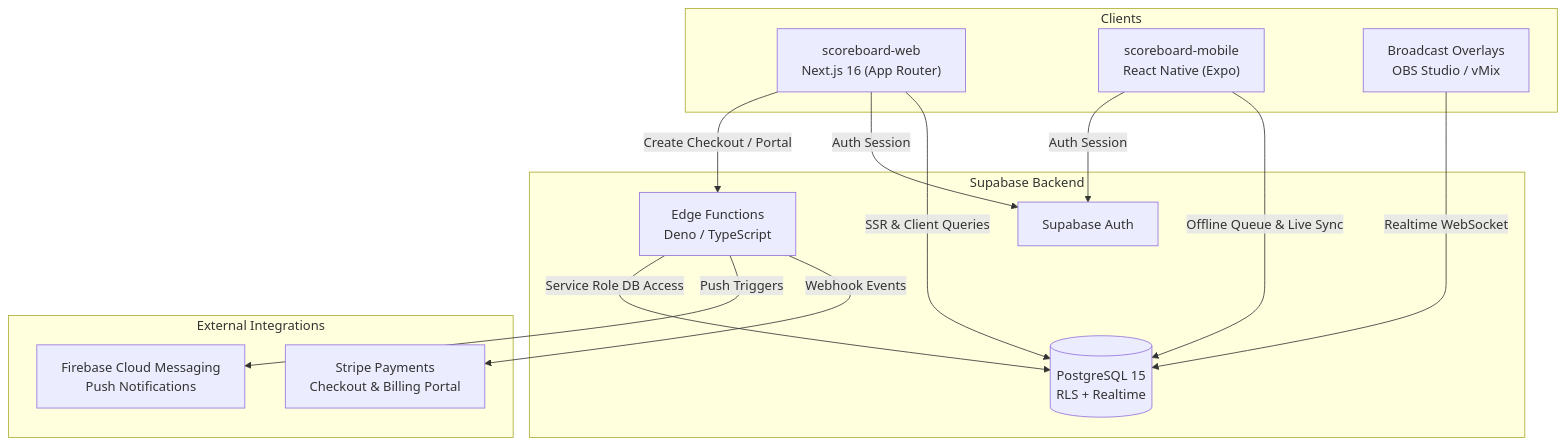
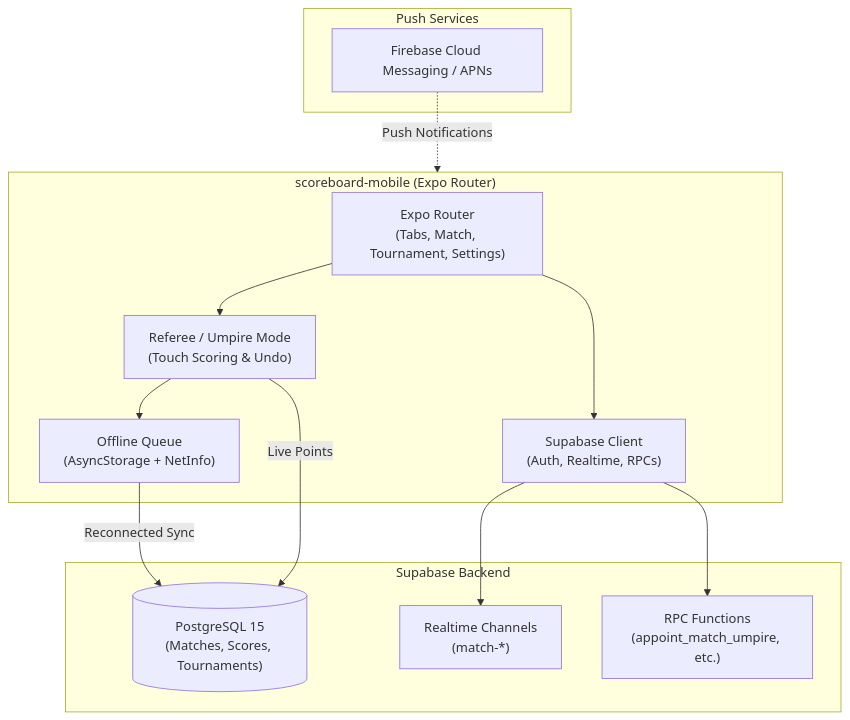
The diagram in docs/README.md (fortefolio/scoreboard-mobile), drawn with Mermaid before and after one commit. The commit also changed other lines of this file and 12 other files, not shown here.

Commit message:
docs: scope living wiki and sync rules specifically to mobile app and referee mode

````diff
--- a/docs/README.md
+++ b/docs/README.md
@@ -5,30 +5,28 @@
 ```mermaid
 flowchart TD
-    subgraph Clients["Clients"]
-        Web["scoreboard-web<br/>Next.js 16 (App Router)"]
-        Mobile["scoreboard-mobile<br/>React Native (Expo)"]
-        OBS["Broadcast Overlays<br/>OBS Studio / vMix"]
+    subgraph App["scoreboard-mobile (Expo Router)"]
+        Router["Expo Router<br/>(Tabs, Match, Tournament, Settings)"]
+        OfflineQueue["Offline Queue<br/>(AsyncStorage + NetInfo)"]
+        Umpire["Referee / Umpire Mode<br/>(Touch Scoring & Undo)"]
+        SupabaseClient["Supabase Client<br/>(Auth, Realtime, RPCs)"]
     end
 
     subgraph Backend["Supabase Backend"]
-        DB[("PostgreSQL 15<br/>RLS + Realtime")]
-        Auth["Supabase Auth"]
-        Edge["Edge Functions<br/>Deno / TypeScript"]
+        DB[("PostgreSQL 15<br/>(Matches, Scores, Tournaments)")]
+        Realtime["Realtime Channels<br/>(match-*)"]
+        RPC["RPC Functions<br/>(appoint_match_umpire, etc.)"]
     end
 
-    subgraph External["External Integrations"]
-        Stripe["Stripe Payments<br/>Checkout & Billing Portal"]
-        Firebase["Firebase Cloud Messaging<br/>Push Notifications"]
+    subgraph Push["Push Services"]
+        FCM["Firebase Cloud Messaging / APNs"]
     end
 
-    Web -->|SSR & Client Queries| DB
-    Web -->|Auth Session| Auth
-    Web -->|Create Checkout / Portal| Edge
-    Mobile -->|Offline Queue & Live Sync| DB
-    Mobile -->|Auth Session| Auth
-    OBS -->|Realtime WebSocket| DB
-
-    Edge -->|Webhook Events| Stripe
-    Edge -->|Push Triggers| Firebase
-    Edge -->|Service Role DB Access| DB
+    Router --> Umpire
+    Umpire --> OfflineQueue
+    OfflineQueue -->|Reconnected Sync| DB
+    Umpire -->|Live Points| DB
+    Router --> SupabaseClient
+    SupabaseClient --> Realtime
+    SupabaseClient --> RPC
+    FCM -.->|Push Notifications| App
 ```
````
